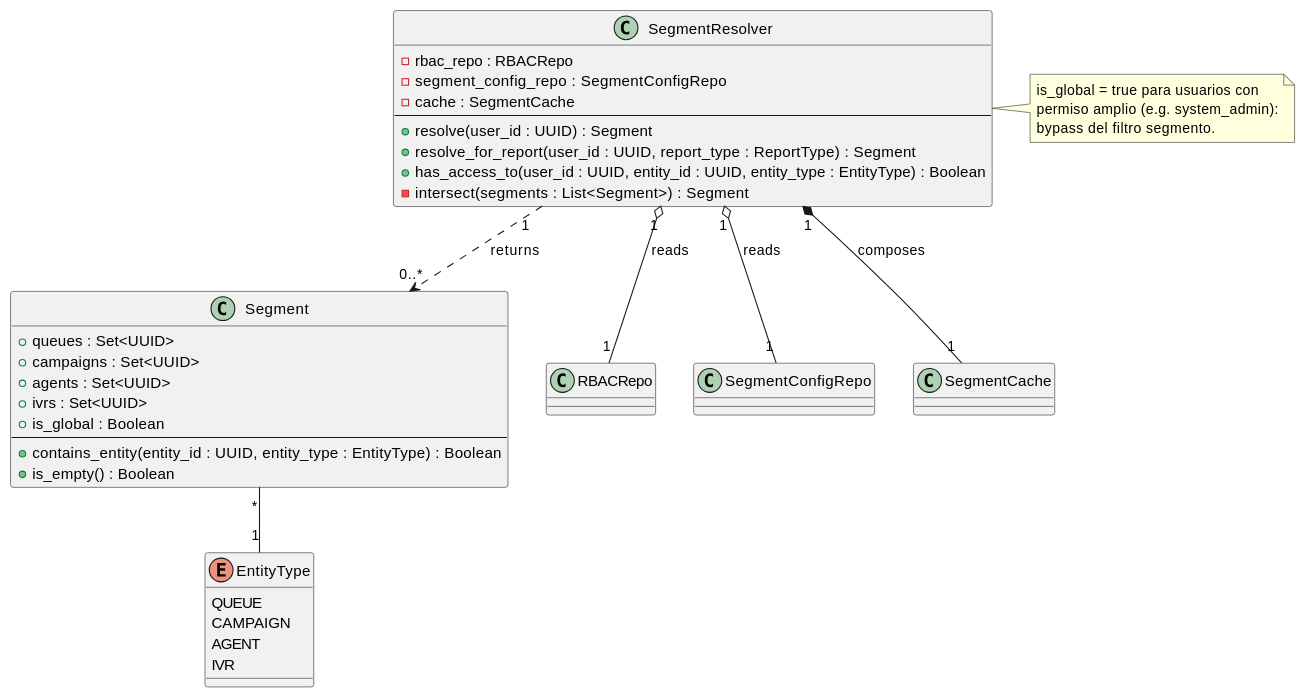
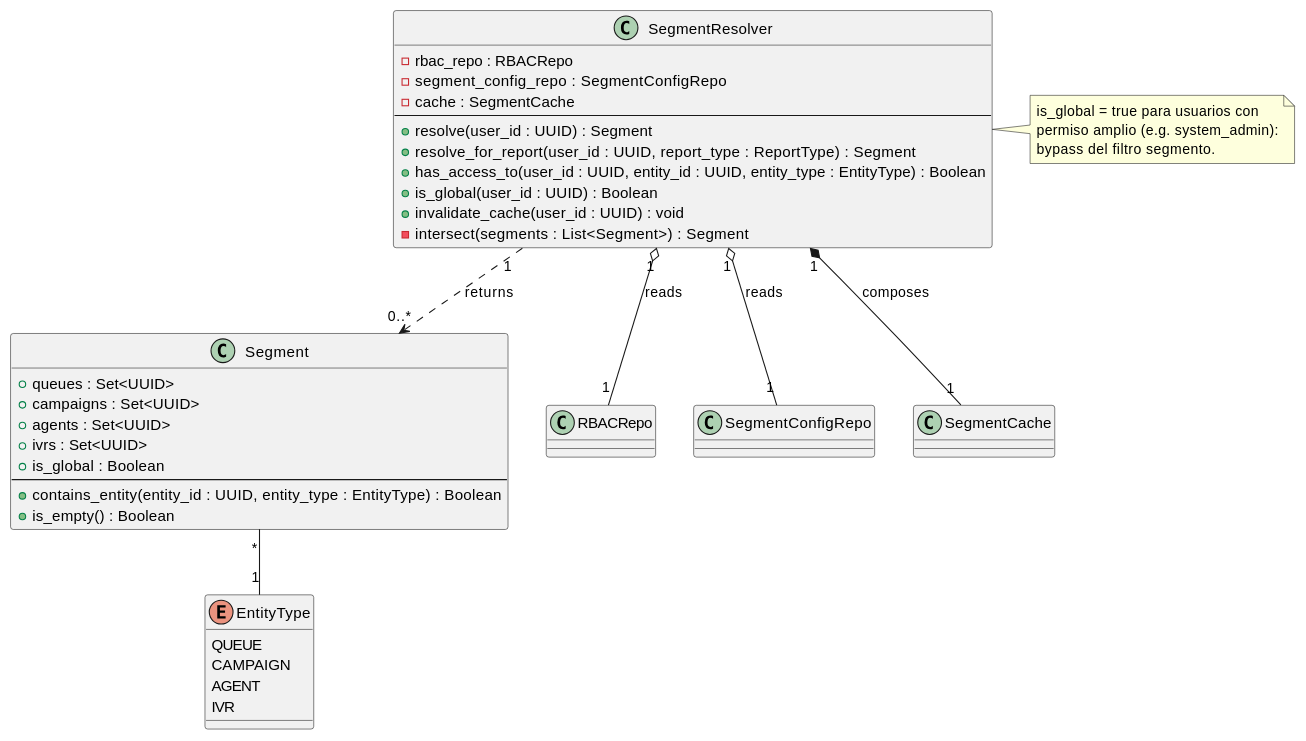
One commit to jcg-admin/IACT-docs changed the diagram in source/arquitectura-tecnica/domain-model/segment-resolver.rst. Above: the diagram before and after it, drawn with PlantUML. The commit also changed 6 other files, not shown here.

```diff
--- a/source/arquitectura-tecnica/domain-model/segment-resolver.rst
+++ b/source/arquitectura-tecnica/domain-model/segment-resolver.rst
@@ -31,52 +31,54 @@
 .. uml::
  :caption: Clase SegmentResolver — resolución del scope
            de visibilidad por usuario (CNST-008).
 
  @startuml
 
  class SegmentResolver {
    - rbac_repo : RBACRepo
    - segment_config_repo : SegmentConfigRepo
    - cache : SegmentCache
    --
    + resolve(user_id : UUID) : Segment
    + resolve_for_report(user_id : UUID, report_type : ReportType) : Segment
    + has_access_to(user_id : UUID, entity_id : UUID, entity_type : EntityType) : Boolean
+   + is_global(user_id : UUID) : Boolean
+   + invalidate_cache(user_id : UUID) : void
    - intersect(segments : List<Segment>) : Segment
  }
 
  class Segment {
    + queues : Set<UUID>
    + campaigns : Set<UUID>
    + agents : Set<UUID>
    + ivrs : Set<UUID>
    + is_global : Boolean
    --
    + contains_entity(entity_id : UUID, entity_type : EntityType) : Boolean
    + is_empty() : Boolean
  }
 
  enum EntityType {
    QUEUE
    CAMPAIGN
    AGENT
    IVR
  }
 
  class RBACRepo
  class SegmentConfigRepo
  class SegmentCache
 
  SegmentResolver "1" o-- "1" RBACRepo : reads
  SegmentResolver "1" o-- "1" SegmentConfigRepo : reads
  SegmentResolver "1" *-- "1" SegmentCache : composes
  SegmentResolver "1" ..> "0..*" Segment : returns
  Segment "*" -- "1" EntityType
 
  note right of SegmentResolver
    is_global = true para usuarios con
    permiso amplio (e.g. system_admin):
    bypass del filtro segmento.
  end note
 
  @enduml
```
